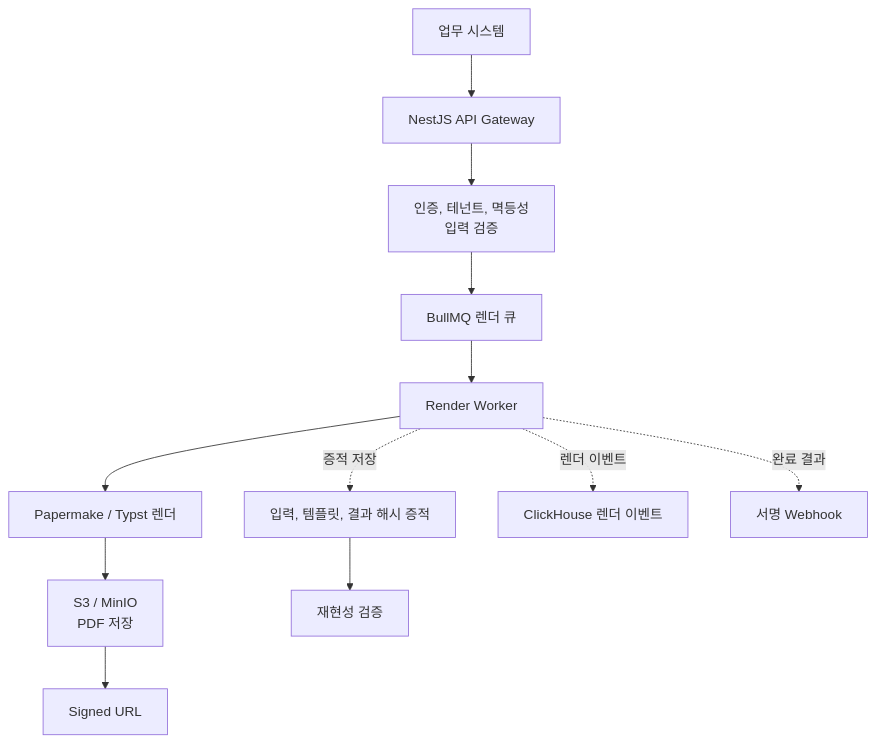
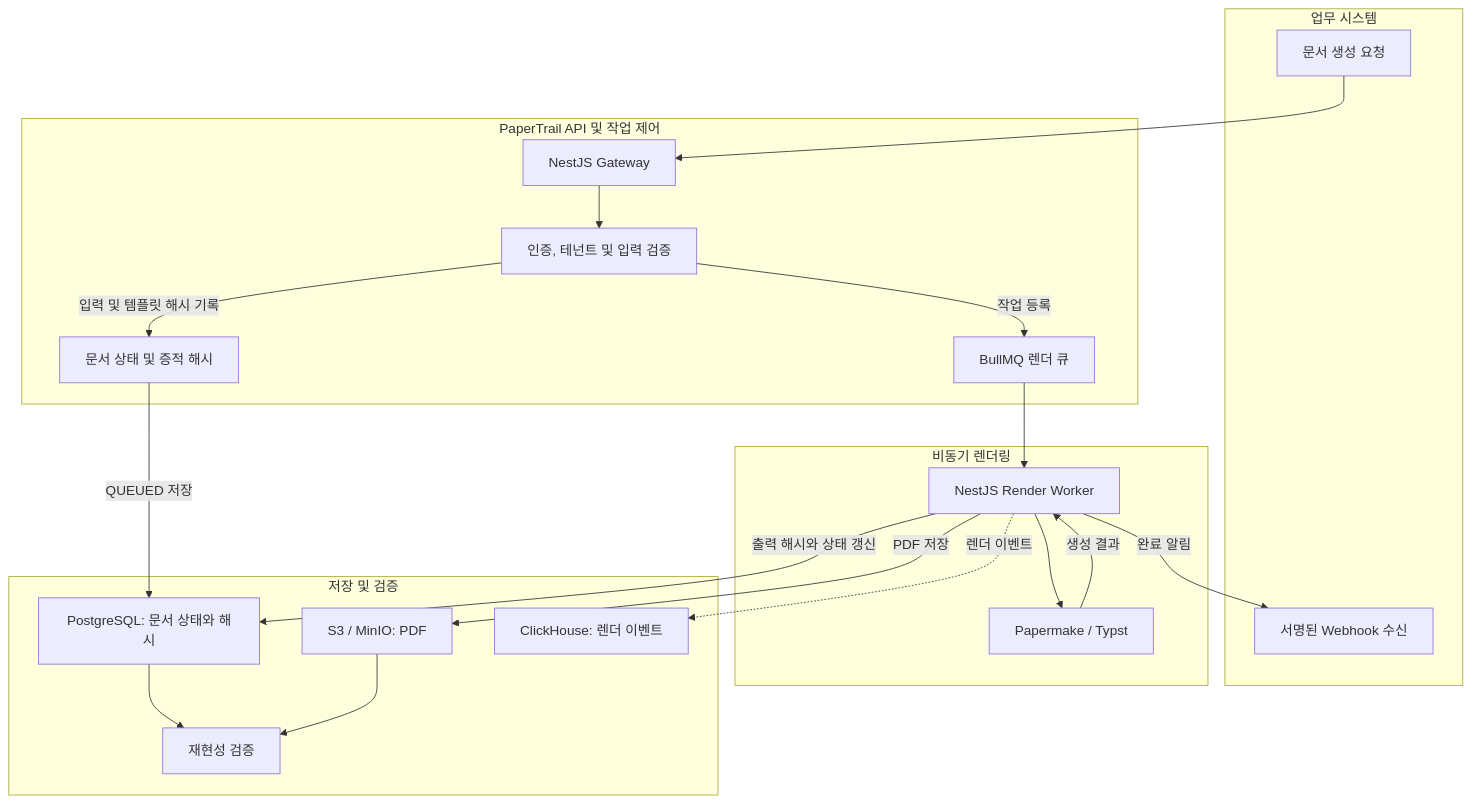
Before and after one commit to KimHG1995/work-history: the diagram in projects/papertrail/platform.md, drawn with Mermaid. The commit also changed other lines of this file, not shown here.

Commit message:
docs: clarify project flow diagrams without unsupported implementation claims

````diff
--- a/projects/papertrail/platform.md
+++ b/projects/papertrail/platform.md
@@ -130,14 +130,39 @@
 ```mermaid
-flowchart TD
-    client["업무 시스템"] --> gateway["NestJS API Gateway"]
-    gateway --> auth["인증, 테넌트, 멱등성<br/>입력 검증"]
-    auth --> queue["BullMQ 렌더 큐"]
-    queue --> worker["Render Worker"]
-    worker --> renderer["Papermake / Typst 렌더"]
-    renderer --> storage["S3 / MinIO<br/>PDF 저장"]
-    worker -.->|증적 저장| evidence["입력, 템플릿, 결과 해시 증적"]
-    worker -.->|렌더 이벤트| analytics["ClickHouse 렌더 이벤트"]
-    worker -.->|완료 결과| webhook["서명 Webhook"]
-    storage --> signed["Signed URL"]
-    evidence --> verify["재현성 검증"]
+flowchart TB
+    subgraph requester["업무 시스템"]
+        client["문서 생성 요청"]
+        webhook["서명된 Webhook 수신"]
+    end
+
+    subgraph core["PaperTrail API 및 작업 제어"]
+        gateway["NestJS Gateway"]
+        validation["인증, 테넌트 및 입력 검증"]
+        queue["BullMQ 렌더 큐"]
+        evidence["문서 상태 및 증적 해시"]
+    end
+
+    subgraph rendering["비동기 렌더링"]
+        worker["NestJS Render Worker"]
+        renderer["Papermake / Typst"]
+    end
+
+    subgraph storage["저장 및 검증"]
+        files["S3 / MinIO: PDF"]
+        metadata["PostgreSQL: 문서 상태와 해시"]
+        verify["재현성 검증"]
+        analytics["ClickHouse: 렌더 이벤트"]
+    end
+
+    client --> gateway --> validation
+    validation -->|입력 및 템플릿 해시 기록| evidence
+    evidence -->|QUEUED 저장| metadata
+    validation -->|작업 등록| queue
+    queue --> worker --> renderer
+    renderer -->|생성 결과| worker
+    worker -->|PDF 저장| files
+    worker -->|출력 해시와 상태 갱신| metadata
+    worker -.->|렌더 이벤트| analytics
+    worker -->|완료 알림| webhook
+    metadata --> verify
+    files --> verify
 ```
````
